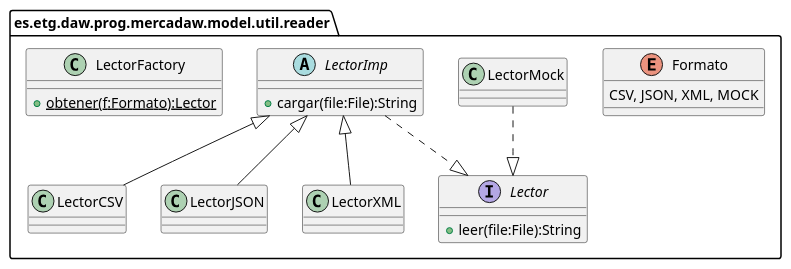
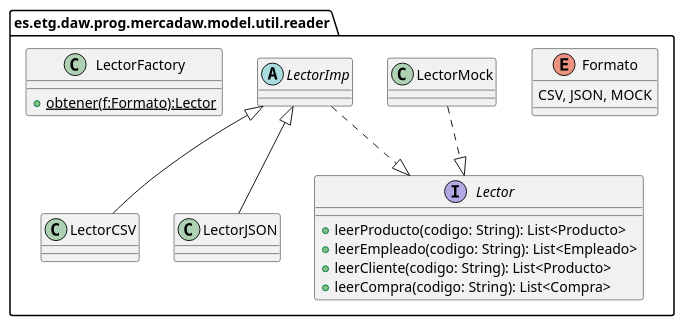
One commit to dmadcha/mercadaw_trabajo_ev3 changed the diagram in design/Clases/ClasesReader.pu. Above: the diagram before and after it, drawn with PlantUML. The commit also changed 2 other files, not shown here.

```diff
--- a/design/Clases/ClasesReader.pu
+++ b/design/Clases/ClasesReader.pu
@@ -1,47 +1,46 @@
 @startuml reader
 
 set separator none
 package es.etg.daw.prog.mercadaw.model.util.reader{
     
     enum Formato{
-        CSV, JSON, XML, MOCK
+        CSV, JSON, MOCK
     }
 
     class LectorCSV{
 
     }
 
     class LectorJSON{
 
     }
 
-    class LectorXML{
-
-    }
 
     class LectorMock{
 
     }
 
     abstract LectorImp{
-        + cargar(file:File):String
+        
     }
 
     interface Lector{
-        + leer(file:File):String
+        + leerProducto(codigo: String): List<Producto>
+        + leerEmpleado(codigo: String): List<Empleado>
+        + leerCliente(codigo: String): List<Producto>
+        + leerCompra(codigo: String): List<Compra>
     }
 
 
     class LectorFactory{
         + {static} obtener(f:Formato):Lector
     }
 
 
 
 }
 LectorImp <|-- LectorCSV
 LectorImp <|-- LectorJSON
-LectorImp <|-- LectorXML
 LectorImp ..|> Lector
 LectorMock ..|> Lector
 @enduml
```
